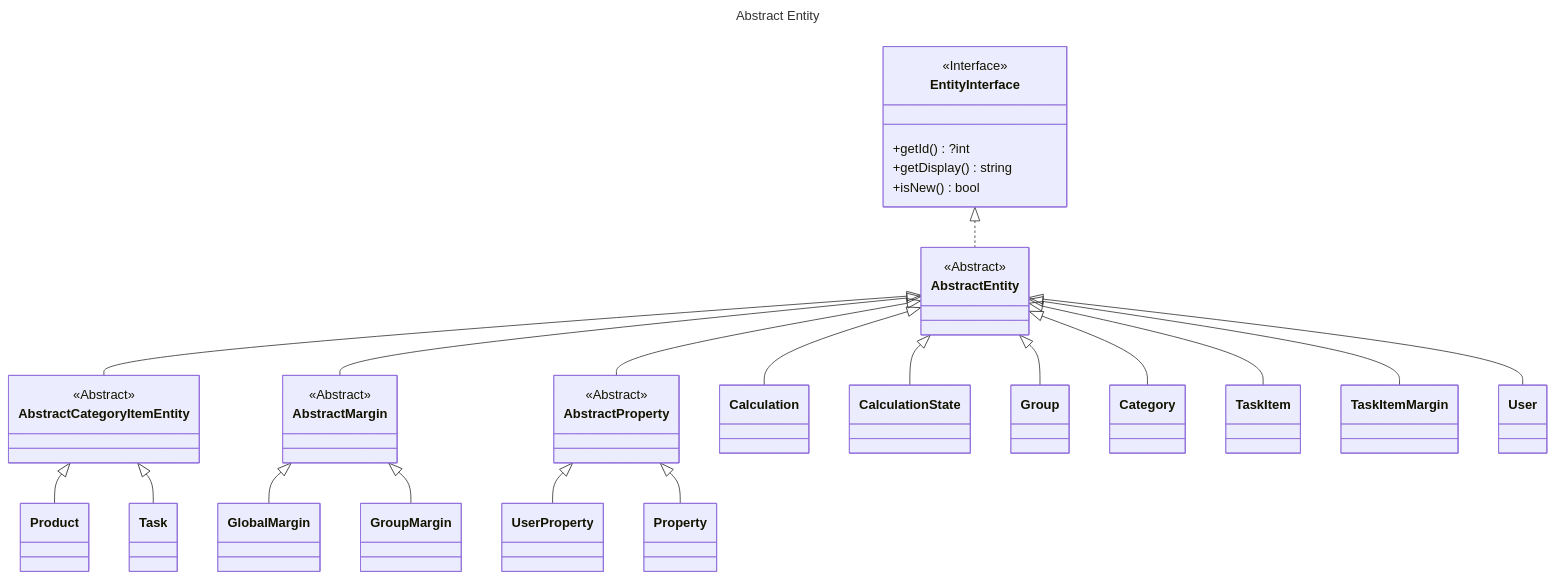
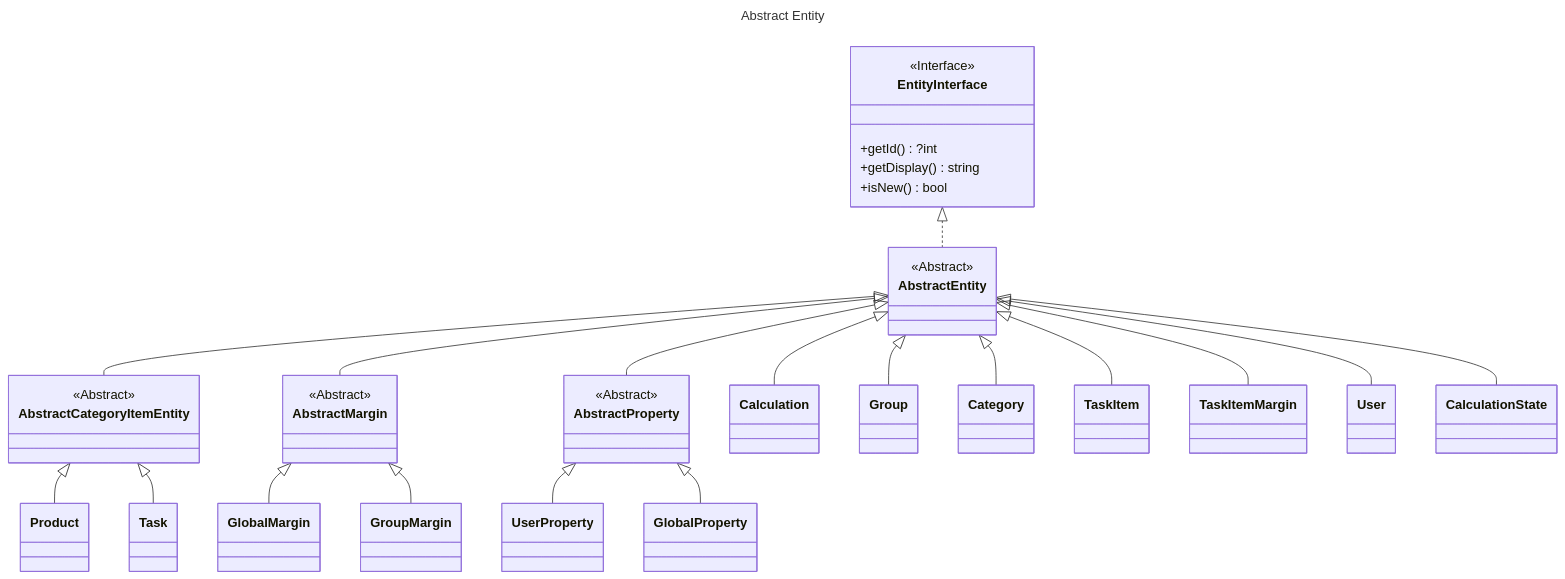
The diagram in resources/diagram/abstract_entity.mmd (laurentmuller/calculation), drawn with Mermaid before and after one commit. The commit also changed 13 other files, not shown here.

Commit message:
Added click event and handler to diagrams.

```diff
--- a/resources/diagram/abstract_entity.mmd
+++ b/resources/diagram/abstract_entity.mmd
@@ -1,74 +1,90 @@
 ---
 title: Abstract Entity
 ---
 classDiagram
     direction TB
     class EntityInterface {
         <<Interface>>
         +getId() ?int
         +getDisplay() string
         +isNew() bool
     }
 
     class AbstractEntity {
         <<Abstract>>
     }
-
-    EntityInterface <|.. AbstractEntity
-
-    AbstractEntity <|-- AbstractCategoryItemEntity
-    AbstractEntity <|-- AbstractMargin
-    AbstractEntity <|-- AbstractProperty
-
-    AbstractEntity <|-- Calculation
-    AbstractEntity <|-- CalculationState
-    AbstractEntity <|-- Group
-    AbstractEntity <|-- Category
-    AbstractEntity <|-- TaskItem
-    AbstractEntity <|-- TaskItemMargin
-    AbstractEntity <|-- User
-
-    AbstractCategoryItemEntity <|-- Product
-    AbstractCategoryItemEntity <|-- Task
-
-    AbstractProperty <|-- UserProperty
-    AbstractProperty <|-- Property
-
-    AbstractMargin <|-- GlobalMargin
-    AbstractMargin <|-- GroupMargin
-
     class AbstractCategoryItemEntity {
         <<Abstract>>
     }
     class AbstractProperty {
         <<Abstract>>
     }
     class AbstractMargin {
         <<Abstract>>
     }
     class Calculation {
     }
+
     class Group {
     }
+
     class GroupMargin {
     }
+
     class Category {
     }
+
     class Product {
     }
+
     class Task {
     }
+
     class TaskItem {
     }
+
     class TaskItemMargin {
     }
+
     class User {
     }
+
     class UserProperty {
     }
-    class Property {
+
+    class GlobalProperty {
     }
+
     class GlobalMargin {
     }
+
     class CalculationState {
     }
+
+    EntityInterface <|.. AbstractEntity
+    AbstractEntity <|-- AbstractCategoryItemEntity
+    AbstractEntity <|-- AbstractMargin
+    AbstractEntity <|-- AbstractProperty
+    AbstractEntity <|-- Calculation
+    AbstractEntity <|-- CalculationState
+    AbstractEntity <|-- Group
+    AbstractEntity <|-- Category
+    AbstractEntity <|-- TaskItem
+    AbstractEntity <|-- TaskItemMargin
+    AbstractEntity <|-- User
+    AbstractCategoryItemEntity <|-- Product
+    AbstractCategoryItemEntity <|-- Task
+    AbstractProperty <|-- UserProperty
+    AbstractProperty <|-- GlobalProperty
+    AbstractMargin <|-- GlobalMargin
+    AbstractMargin <|-- GroupMargin
+
+    click AbstractMargin call nodeCallback()
+    click AbstractProperty call nodeCallback()
+    click Calculation call nodeCallback()
+    click CalculationState call nodeCallback()
+    click Group call nodeCallback()
+    click Category call nodeCallback()
+    click Product call nodeCallback()
+    click Task call nodeCallback()
+    click User call nodeCallback()
```
